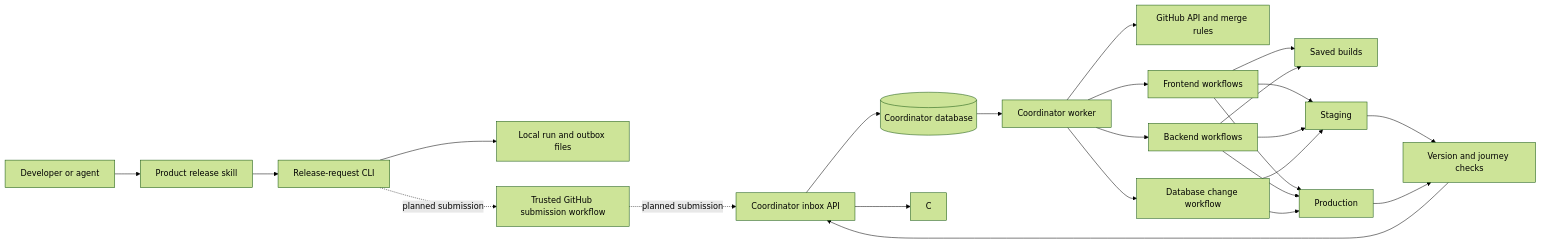
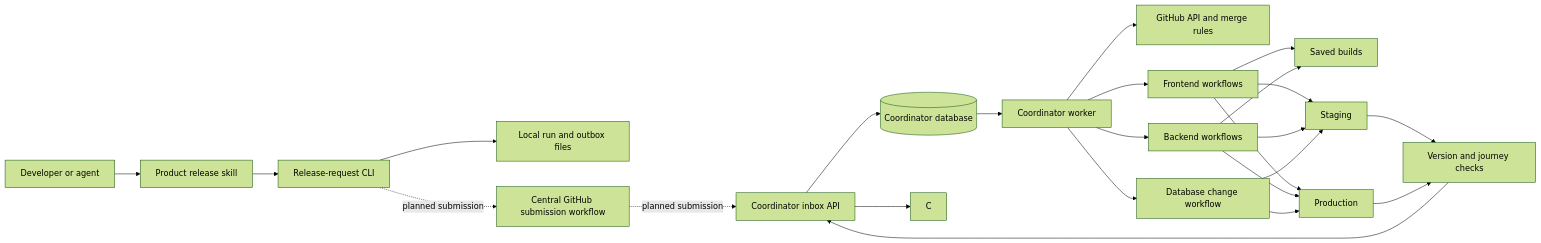
One commit to 6529-Collections/6529-release-coordinator changed the diagram in README.md. Above: the diagram before and after it, drawn with Mermaid (forest theme). The commit also changed other lines of this file and 4 other files, not shown here.

````diff
--- a/README.md
+++ b/README.md
@@ -180,28 +180,28 @@
 ```mermaid
 flowchart LR
     U[Developer or agent] --> S[Product release skill]
     S --> CLI[Release-request CLI]
     CLI --> LOCAL[Local run and outbox files]
-    CLI -. planned submission .-> GHIN[Trusted GitHub submission workflow]
+    CLI -. planned submission .-> GHIN[Central GitHub submission workflow]
     GHIN -. planned submission .-> API[Coordinator inbox API]
     API --> DB[(Coordinator database)]
     DB --> W[Coordinator worker]
 
     W --> GH[GitHub API and merge rules]
     W --> FE[Frontend workflows]
     W --> BE[Backend workflows]
     W --> DBC[Database change workflow]
     FE --> ART[Saved builds]
     BE --> ART
     FE --> STG[Staging]
     BE --> STG
     FE --> PROD[Production]
     BE --> PROD
     DBC --> STG
     DBC --> PROD
 
     STG --> E2E[Version and journey checks]
     PROD --> E2E
     E2E --> API
     API --> C
 ```
````
